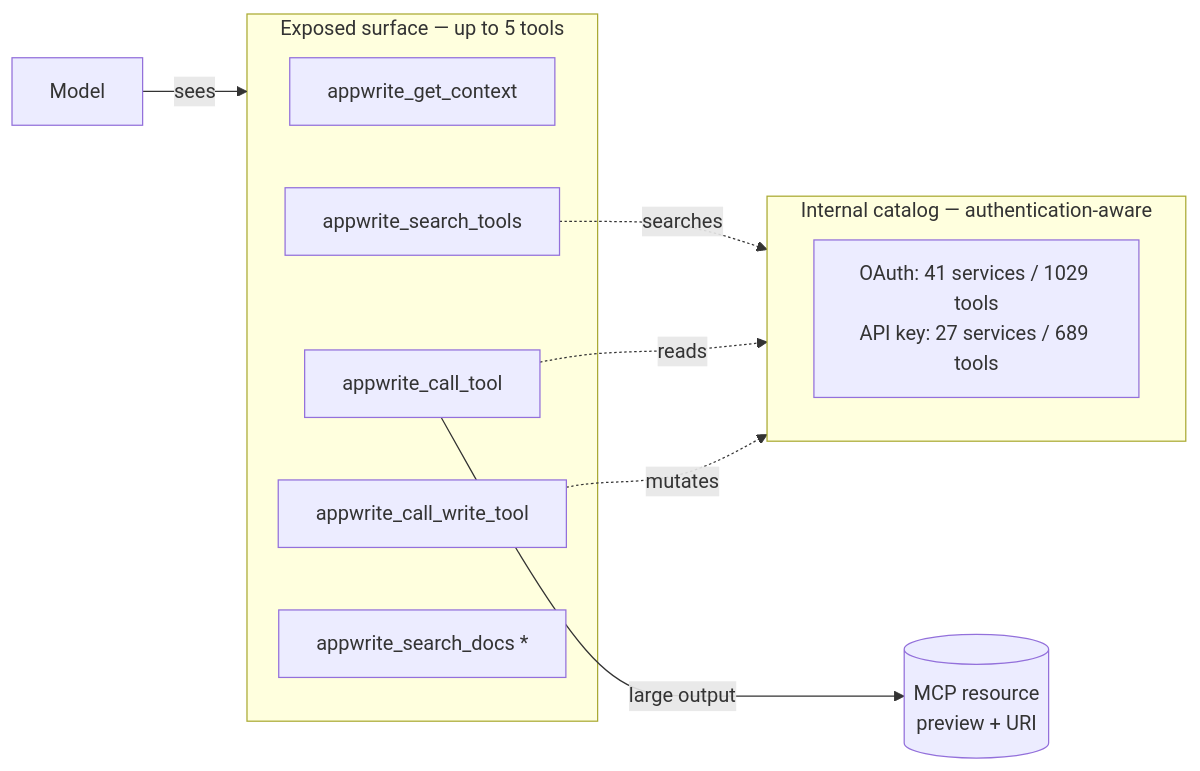
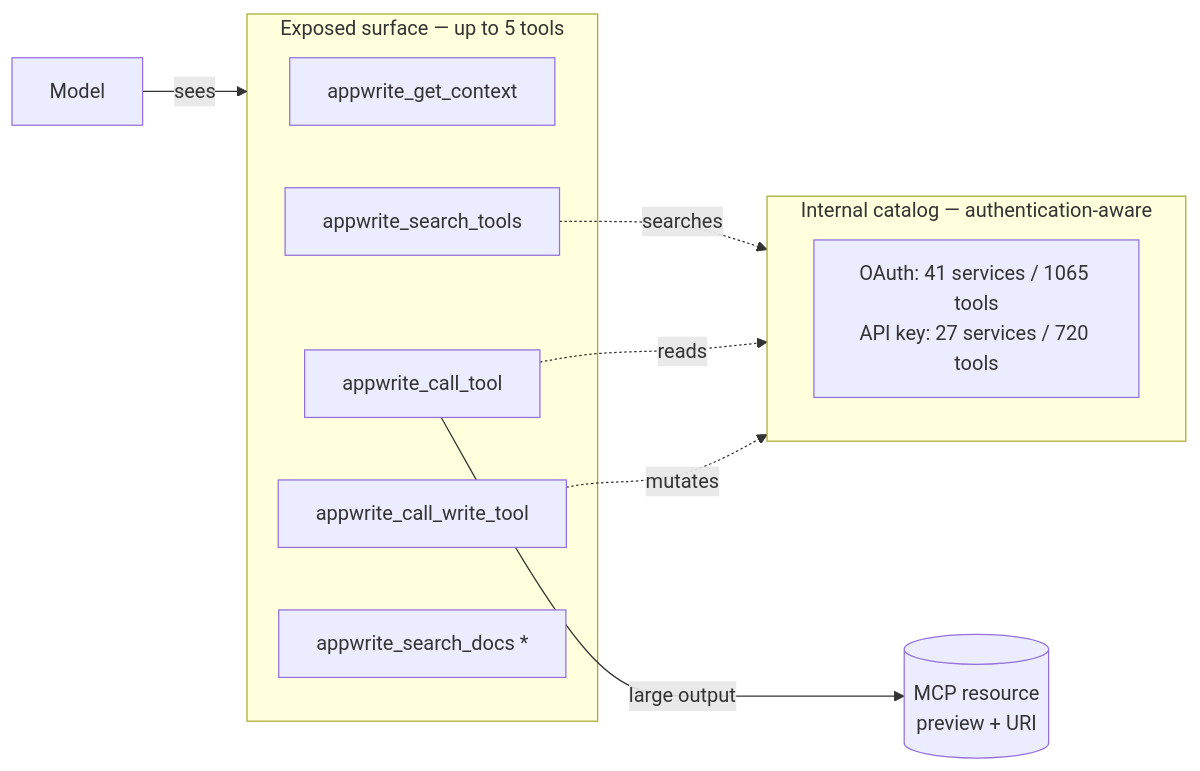
The diagram in docs/tool-surface.md (appwrite/mcp), drawn with Mermaid before and after one commit. The commit also changed other lines of this file and 5 other files, not shown here.

````diff
--- a/docs/tool-surface.md
+++ b/docs/tool-surface.md
@@ -7,23 +7,23 @@
 ```mermaid
 flowchart LR
     M[Model] -->|sees| E
 
     subgraph E[Exposed surface — up to 5 tools]
         C[appwrite_get_context]
         ST[appwrite_search_tools]
         CT[appwrite_call_tool]
         WT[appwrite_call_write_tool]
         SD[appwrite_search_docs *]
     end
 
     ST -.searches.-> CAT
     CT -.reads.-> CAT
     WT -.mutates.-> CAT
 
     subgraph CAT[Internal catalog — authentication-aware]
         direction LR
-        K[OAuth: 41 services / 1029 tools<br/>API key: 27 services / 689 tools]
+        K[OAuth: 41 services / 1065 tools<br/>API key: 27 services / 720 tools]
     end
 
     CT -->|large output| R[(MCP resource<br/>preview + URI)]
 ```
````
